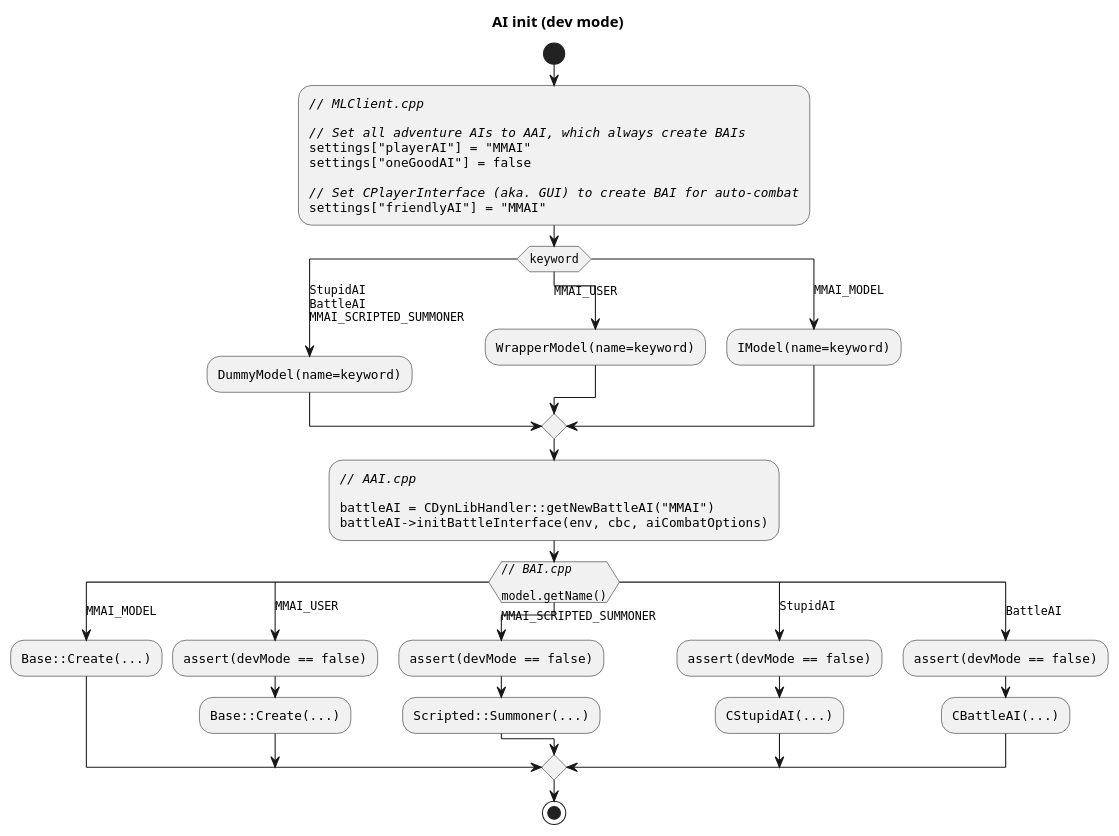
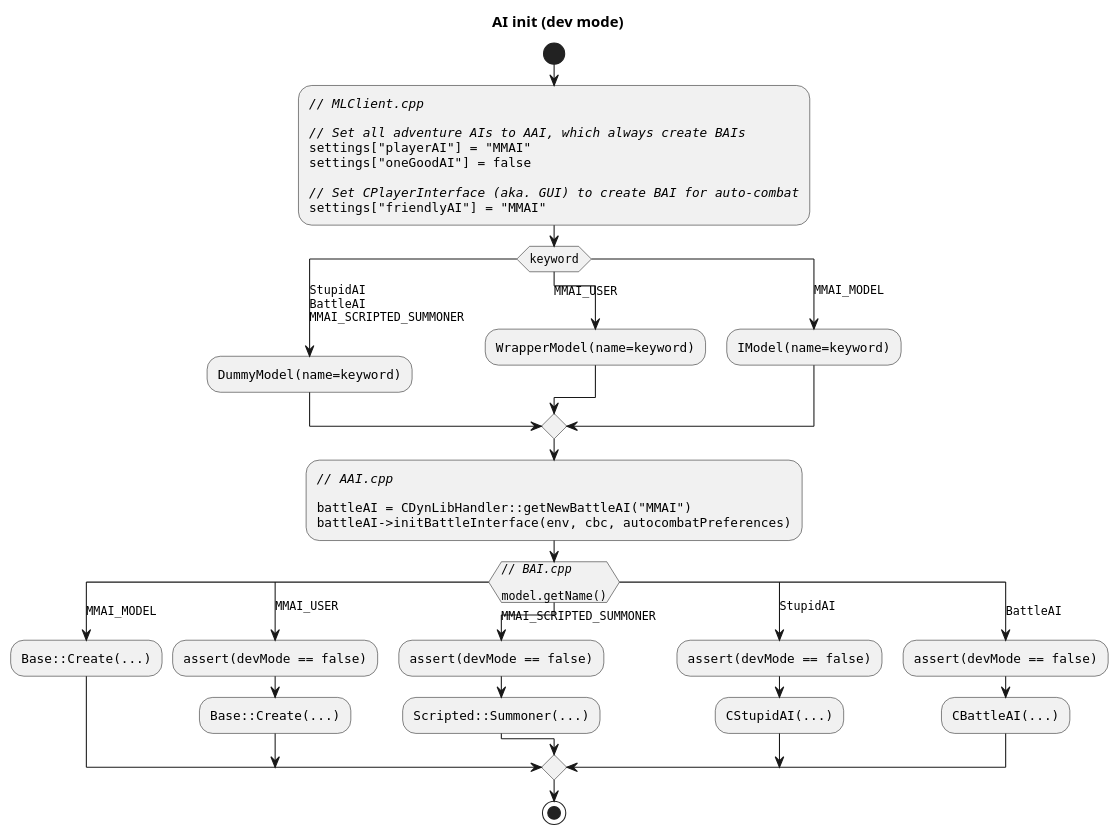
One commit to smanolloff/vcmi changed the diagram in server/ML/_notes/diagrams/ai-init-dev.puml. Above: the diagram before and after it, drawn with PlantUML. The commit also changed 33 other files, not shown here.

First line of the commit message:
rename back AICombatOptions.h -> AutocombatPreferences.h

```diff
--- a/server/ML/_notes/diagrams/ai-init-dev.puml
+++ b/server/ML/_notes/diagrams/ai-init-dev.puml
@@ -1,53 +1,53 @@
 @startuml "vcmi-ai-init-dev"
 
 title "AI init (dev mode)"
 
 <style>
 activityDiagram {
   FontName monospaced
 }
 </style>
 
 start
 :<i>// MLClient.cpp </i>
 
 <i>// Set all adventure AIs to AAI, which always create BAIs</i>
 settings["playerAI"] = "MMAI"
 settings["oneGoodAI"] = false
 
 <i>// Set CPlayerInterface (aka. GUI) to create BAI for auto-combat</i>
 settings["friendlyAI"] = "MMAI";
 
 switch (keyword)
 case (StupidAI\nBattleAI\nMMAI_SCRIPTED_SUMMONER)
   :DummyModel(name=keyword);
 case (MMAI_USER)
   :WrapperModel(name=keyword);
 case (MMAI_MODEL)
   :IModel(name=keyword);
 endswitch
 
 ://// AAI.cpp//
 
 battleAI = CDynLibHandler::getNewBattleAI("MMAI")
-battleAI->initBattleInterface(env, cbc, aiCombatOptions);
+battleAI->initBattleInterface(env, cbc, autocombatPreferences);
 
 switch (//// BAI.cpp//\n\nmodel.getName())
 case (MMAI_MODEL)
   :Base::Create(...);
 case (MMAI_USER)
   :assert(devMode == false);
   :Base::Create(...);
 case (MMAI_SCRIPTED_SUMMONER)
   :assert(devMode == false);
   :Scripted::Summoner(...);
 case (StupidAI)
   :assert(devMode == false);
   :CStupidAI(...);
 case (BattleAI)
   :assert(devMode == false);
   :CBattleAI(...);
 endswitch
 stop
 
 @enduml
```
